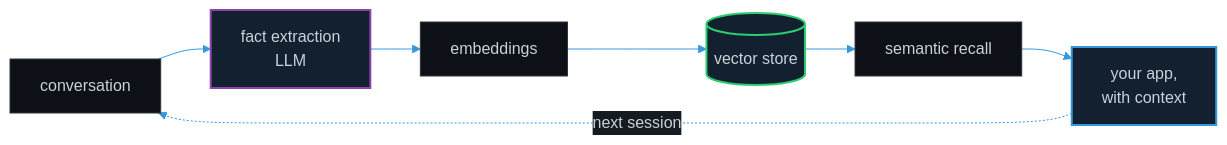
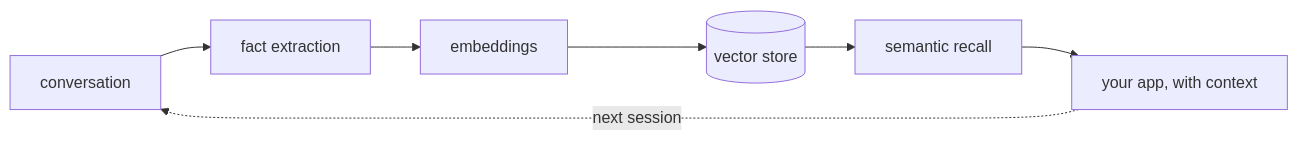
Before and after one commit to aftabkh4n/aftabkh4n: the first of 2 diagrams in README.md, drawn with Mermaid. The commit also changed other lines of this file, not shown here.

````diff
--- a/README.md
+++ b/README.md
@@ -39,15 +118,9 @@
 ```mermaid
-%%{init: {'theme':'base','themeVariables':{'primaryColor':'#0d1117','primaryTextColor':'#c9d1d9','primaryBorderColor':'#30363d','lineColor':'#3498db','secondaryColor':'#161b22','tertiaryColor':'#161b22','fontFamily':'JetBrains Mono, monospace'}}}%%
 flowchart LR
-    C["conversation"] --> X["fact extraction<br/>LLM"]
+    C["conversation"] --> X["fact extraction"]
     X --> E["embeddings"]
     E --> V[("vector store")]
     V --> R["semantic recall"]
-    R --> A["your app,<br/>with context"]
-    A -.next session.-> C
-
-    style C fill:#0d1117,stroke:#30363d
-    style X fill:#132030,stroke:#8e44ad,stroke-width:2px
-    style V fill:#132030,stroke:#2ecc71,stroke-width:2px
-    style A fill:#132030,stroke:#3498db,stroke-width:2px
+    R --> A["your app, with context"]
+    A -.->|next session| C
 ```
````
